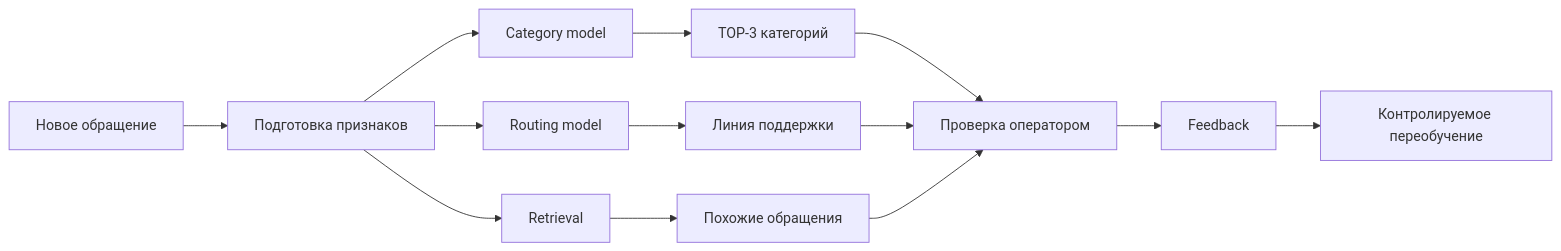
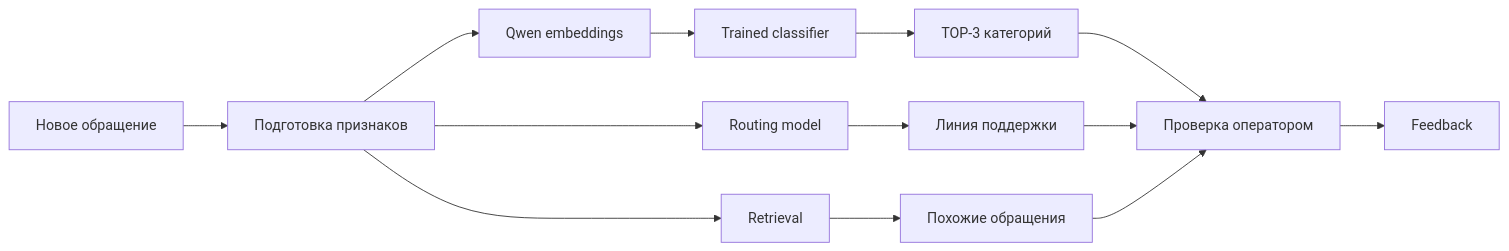
The diagram in README.md (Leo0742/PostTech-Radar), drawn with Mermaid before and after one commit. The commit also changed other lines of this file, not shown here.

````diff
--- a/README.md
+++ b/README.md
@@ -74,15 +106,15 @@
 ```mermaid
 flowchart LR
     A[Новое обращение] --> B[Подготовка признаков]
-    B --> C[Category model]
-    C --> D[TOP-3 категорий]
-    B --> E[Routing model]
-    E --> F[Линия поддержки]
-    B --> G[Retrieval]
-    G --> H[Похожие обращения]
-    D --> I[Проверка оператором]
-    F --> I
-    H --> I
-    I --> J[Feedback]
-    J --> K[Контролируемое переобучение]
+    B --> C[Qwen embeddings]
+    C --> D[Trained classifier]
+    D --> E[TOP-3 категорий]
+    B --> F[Routing model]
+    F --> G[Линия поддержки]
+    B --> H[Retrieval]
+    H --> I[Похожие обращения]
+    E --> J[Проверка оператором]
+    G --> J
+    I --> J
+    J --> K[Feedback]
 ```
````
